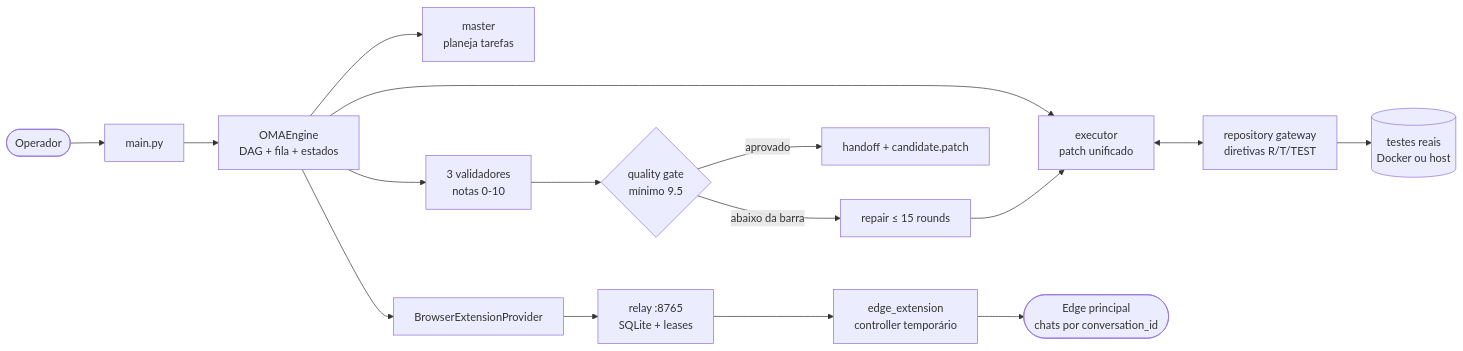
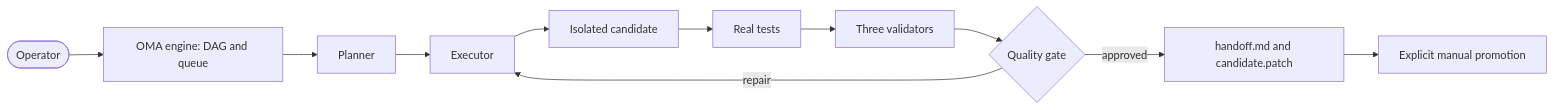
The diagram in README.md (vitorGgC569/SENTRA), drawn with Mermaid before and after one commit. The commit also changed other lines of this file and 308 other files, not shown here.

````diff
--- a/README.md
+++ b/README.md
@@ -158,18 +125,13 @@
 ```mermaid
 flowchart LR
-    OP([Operador]) --> CLI[main.py]
-    CLI --> ENG[OMAEngine<br/>DAG + fila + estados]
-    ENG --> PLN[master<br/>planeja tarefas]
-    ENG --> EXE[executor<br/>patch unificado]
-    ENG --> VAL[3 validadores<br/>notas 0-10]
-    EXE <--> GW[repository gateway<br/>diretivas R/T/TEST]
-    GW --> TST[(testes reais<br/>Docker ou host)]
-    VAL --> QG{quality gate<br/>mínimo 9.5}
-    QG -->|abaixo da barra| REP[repair ≤ 15 rounds]
-    REP --> EXE
-    QG -->|aprovado| HO[handoff + candidate.patch]
-    ENG --> PROV[BrowserExtensionProvider]
-    PROV --> REL[relay :8765<br/>SQLite + leases]
-    REL --> EXT[edge_extension<br/>controller temporário]
-    EXT --> EDGE([Edge principal<br/>chats por conversation_id])
+    User([Operator]) --> Engine[OMA engine: DAG and queue]
+    Engine --> Planner[Planner]
+    Planner --> Executor[Executor]
+    Executor --> Candidate[Isolated candidate]
+    Candidate --> Tests[Real tests]
+    Tests --> Review[Three validators]
+    Review --> Gate{Quality gate}
+    Gate -->|repair| Executor
+    Gate -->|approved| Handoff[handoff.md and candidate.patch]
+    Handoff --> Promotion[Explicit manual promotion]
 ```
````
